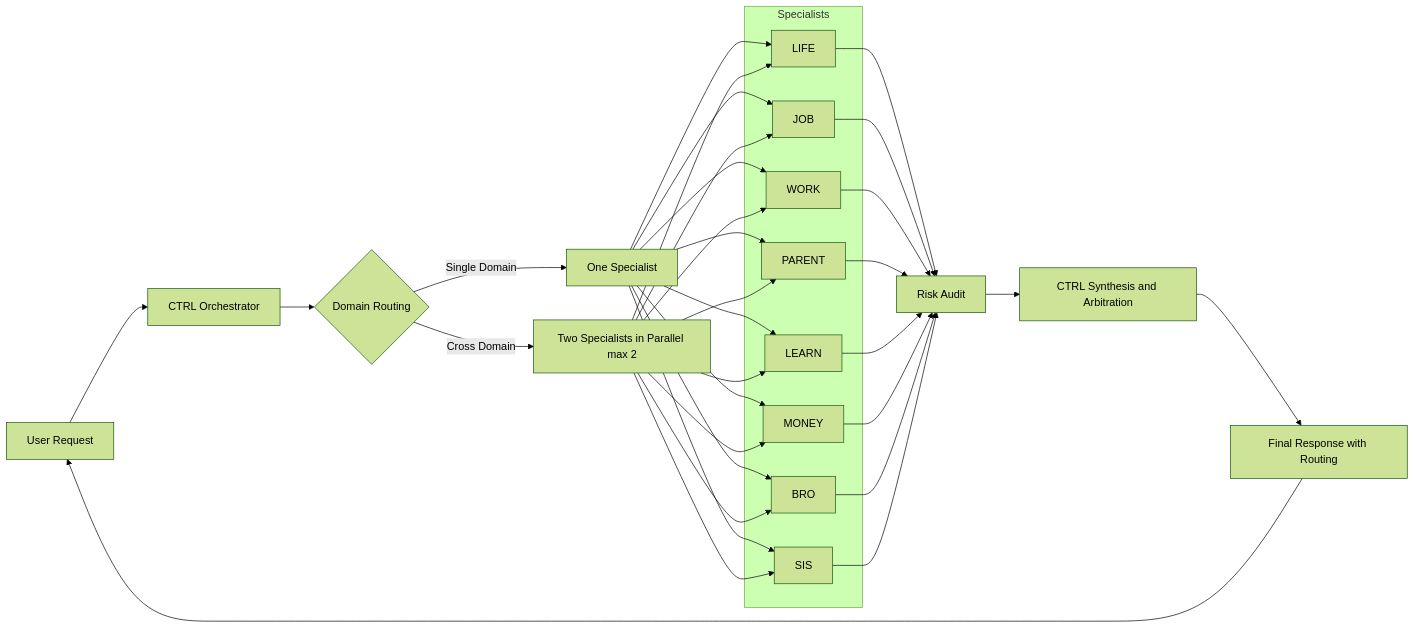
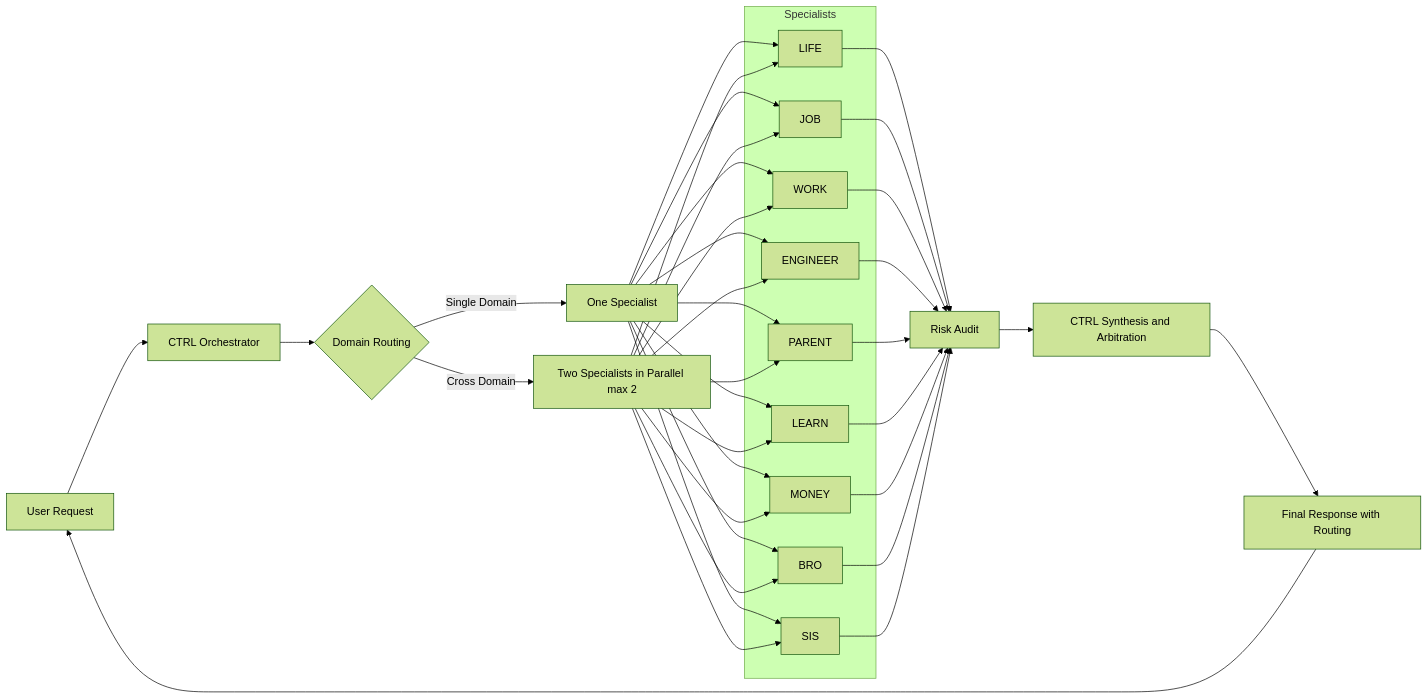
One commit to jinglong92/longClaw changed the first of 2 diagrams in README.en.md. Above: the diagram before and after it, drawn with Mermaid (forest theme). The commit also changed other lines of this file and 1 other file, not shown here.

````diff
--- a/README.en.md
+++ b/README.en.md
@@ -27,50 +28,54 @@
 ```mermaid
 flowchart LR
     U[User Request] --> C[CTRL Orchestrator]
     C --> D{Domain Routing}
 
     D -->|Single Domain| S[One Specialist]
     D -->|Cross Domain| P[Two Specialists in Parallel max 2]
 
     subgraph Specialists
         L[LIFE]
         J[JOB]
         W[WORK]
+        E[ENGINEER]
         PA[PARENT]
         LE[LEARN]
         M[MONEY]
         B[BRO]
         SI[SIS]
     end
 
     S --> L
     S --> J
     S --> W
+    S --> E
     S --> PA
     S --> LE
     S --> M
     S --> B
     S --> SI
 
     P --> L
     P --> J
     P --> W
+    P --> E
     P --> PA
     P --> LE
     P --> M
     P --> B
     P --> SI
 
     L --> R[Risk Audit]
     J --> R
     W --> R
+    E --> R
     PA --> R
     LE --> R
     M --> R
     B --> R
     SI --> R
 
     R --> F[CTRL Synthesis and Arbitration]
     F --> O[Final Response with Routing]
     O --> U
 ```
````
